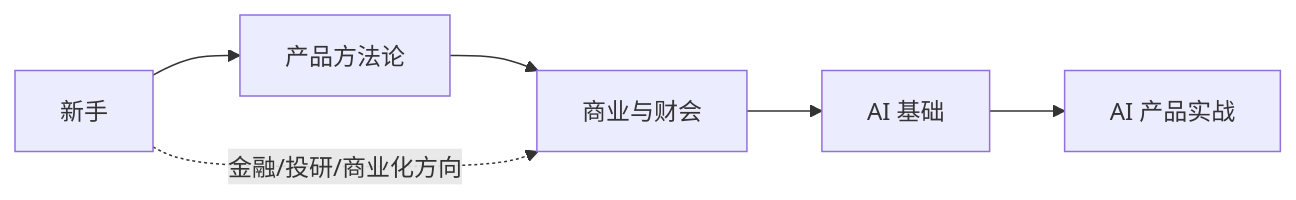
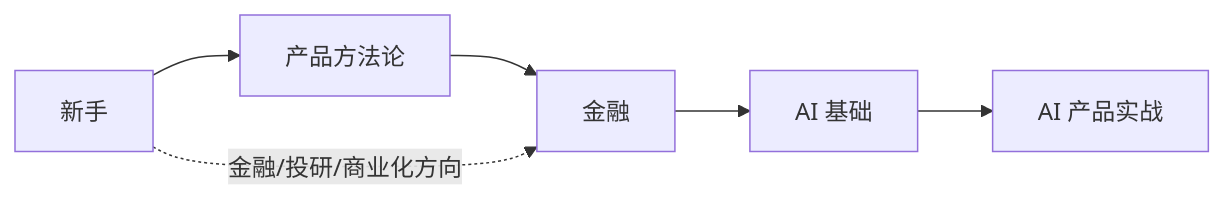
One commit to AI-PM-Wiki/AIPM changed the diagram in docs/intro/faq.md. Above: the diagram before and after it, drawn with Mermaid. The commit also changed other lines of this file and 17 other files, not shown here.

First line of the commit message:
feat(nav): 新建专业知识模块，站点切换菜单加图标

````diff
--- a/docs/intro/faq.md
+++ b/docs/intro/faq.md
@@ -11,8 +11,8 @@
 ```mermaid
 flowchart LR
     start[新手] --> pm[产品方法论]
-    pm --> business[商业与财会]
+    pm --> business[金融]
     business --> ai[AI 基础]
     ai --> practice[AI 产品实战]
     start -.金融/投研/商业化方向.-> business
 ```
````
